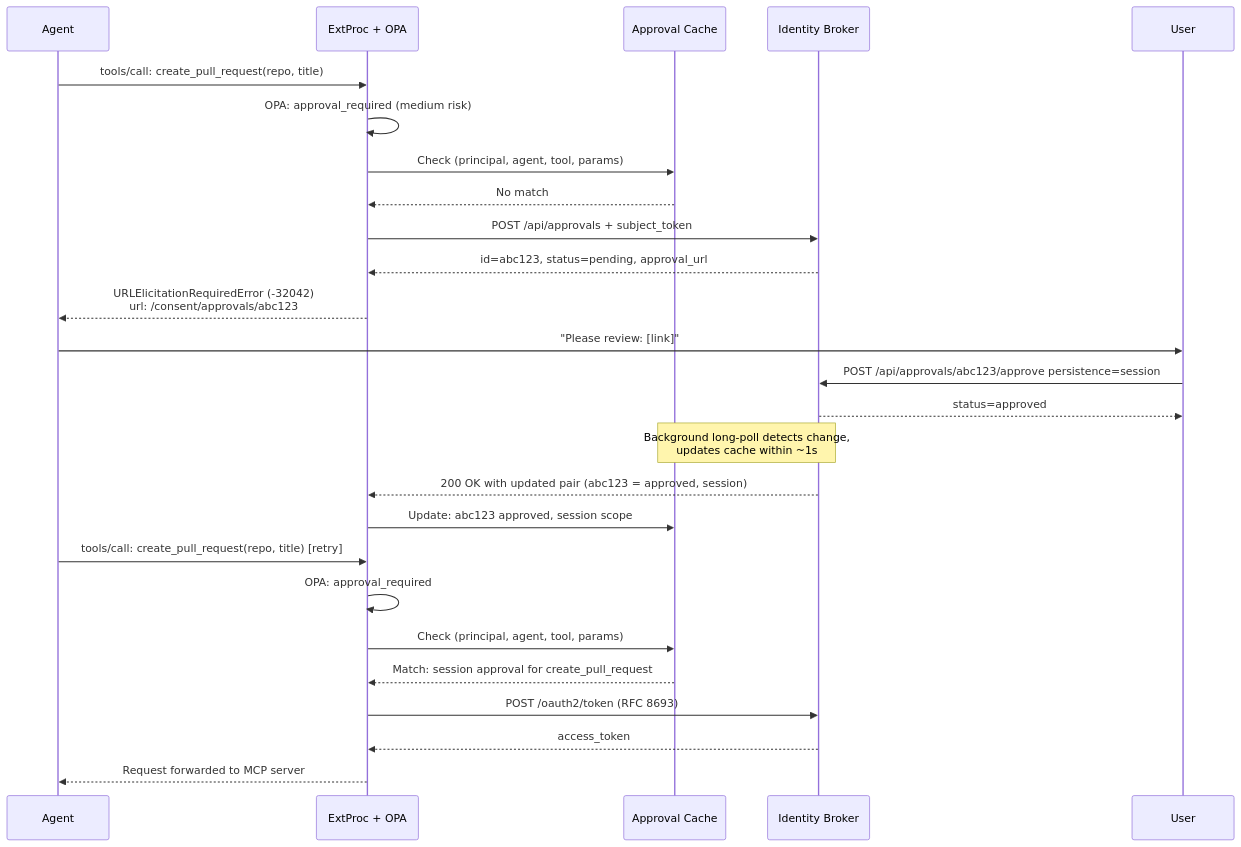
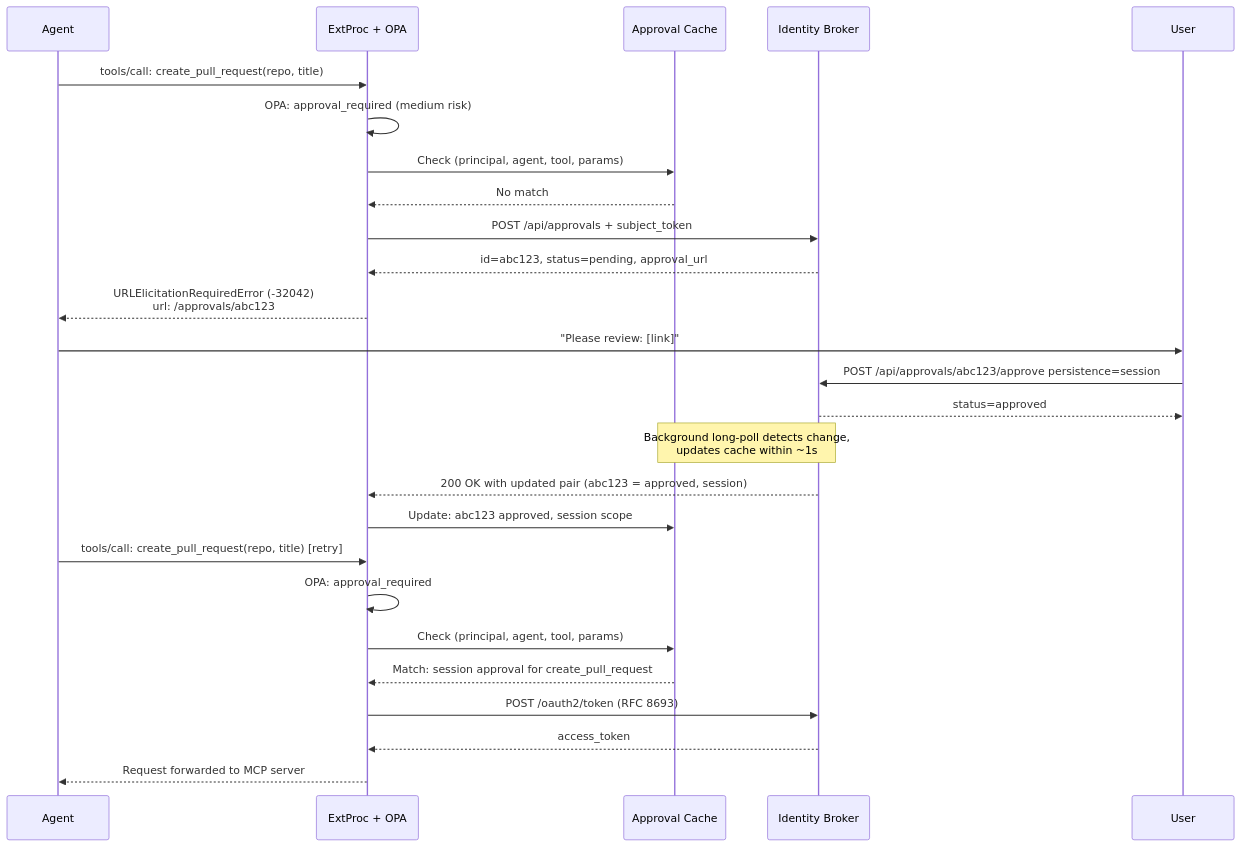
Before and after one commit to zalando-incubator/agentic-identity-broker: the third of 3 diagrams in specs/026-extproc-approval-sync/spec.md, drawn with Mermaid. The commit also changed 7 other files, not shown here.

````diff
--- a/specs/026-extproc-approval-sync/spec.md
+++ b/specs/026-extproc-approval-sync/spec.md
@@ -120,32 +120,32 @@
 ```mermaid
 sequenceDiagram
     participant Agent
     participant EP as ExtProc + OPA
     participant Cache as Approval Cache
     participant Broker as Identity Broker
     participant User
 
     Agent->>EP: tools/call: create_pull_request(repo, title)
     EP->>EP: OPA: approval_required (medium risk)
     EP->>Cache: Check (principal, agent, tool, params)
     Cache-->>EP: No match
     EP->>Broker: POST /api/approvals + subject_token
     Broker-->>EP: id=abc123, status=pending, approval_url
-    EP-->>Agent: URLElicitationRequiredError (-32042)<br/>url: /consent/approvals/abc123
+    EP-->>Agent: URLElicitationRequiredError (-32042)<br/>url: /approvals/abc123
 
     Agent->>User: "Please review: [link]"
     User->>Broker: POST /api/approvals/abc123/approve persistence=session
     Broker-->>User: status=approved
 
     Note over Cache,Broker: Background long-poll detects change,<br/>updates cache within ~1s
     Broker-->>EP: 200 OK with updated pair (abc123 = approved, session)
     EP->>Cache: Update: abc123 approved, session scope
 
     Agent->>EP: tools/call: create_pull_request(repo, title) [retry]
     EP->>EP: OPA: approval_required
     EP->>Cache: Check (principal, agent, tool, params)
     Cache-->>EP: Match: session approval for create_pull_request
     EP->>Broker: POST /oauth2/token (RFC 8693)
     Broker-->>EP: access_token
     EP-->>Agent: Request forwarded to MCP server
 ```
````
